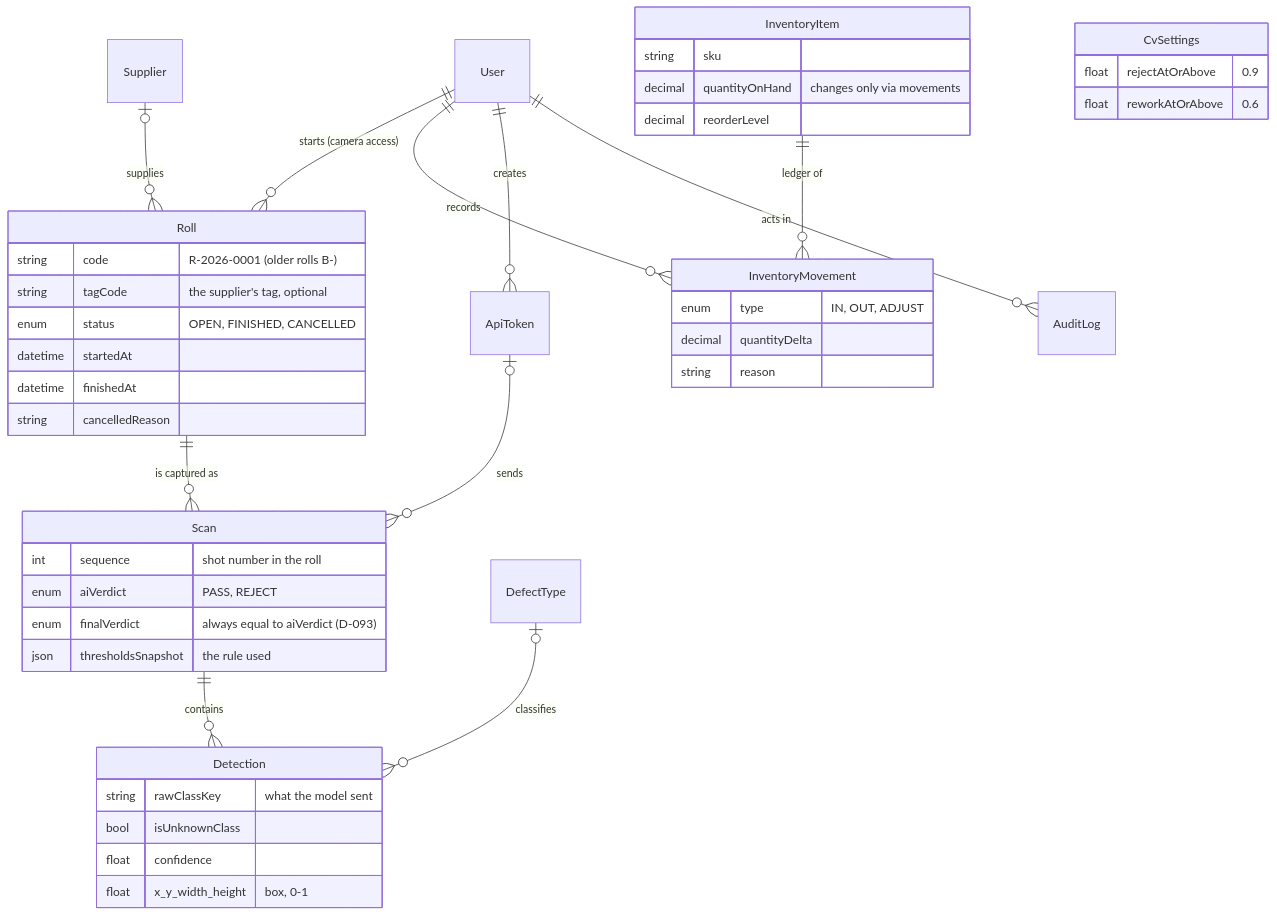
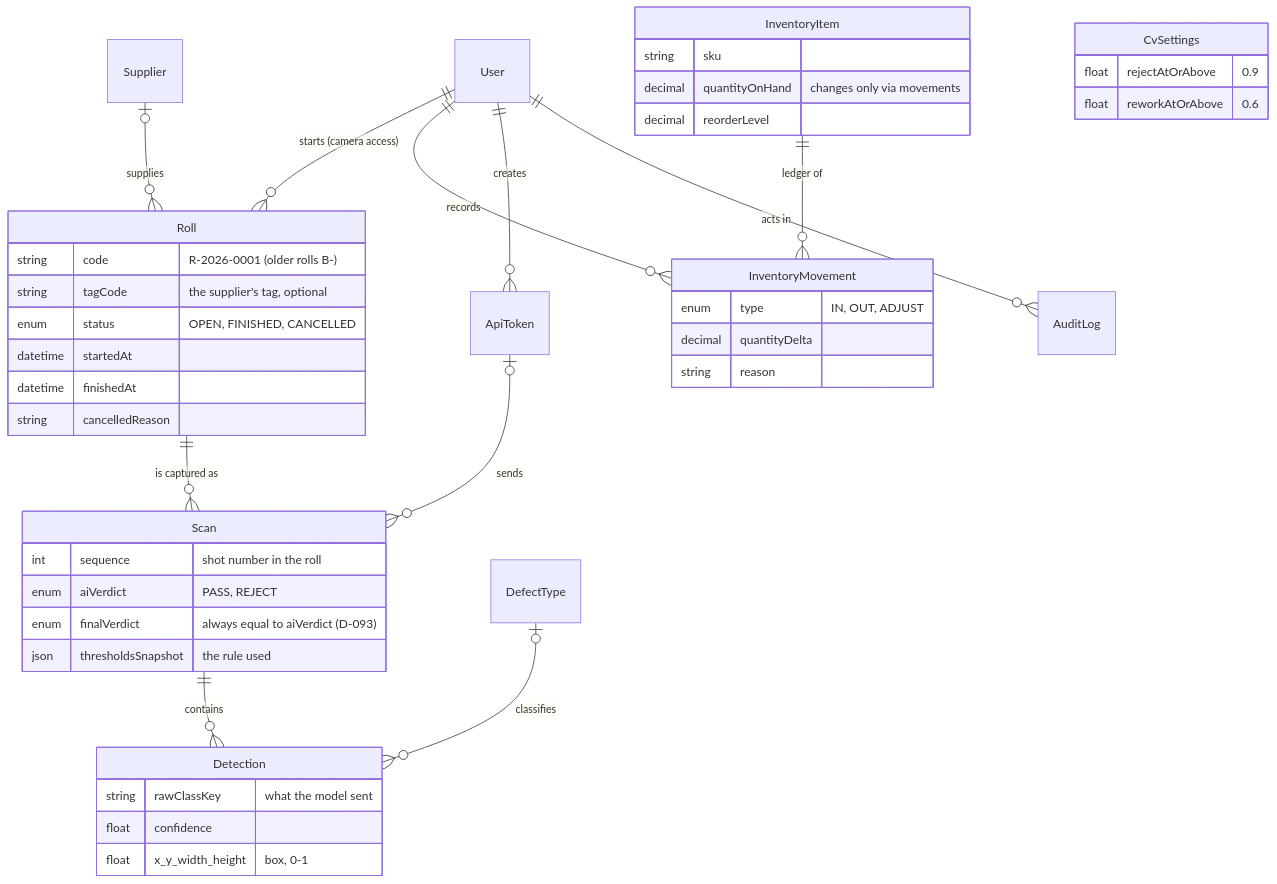
One commit to OatiesMilk/CPoint-PMS changed the second of 2 diagrams in README.md. Above: the diagram before and after it, drawn with Mermaid. The commit also changed other lines of this file and 85 other files, not shown here.

````diff
--- a/README.md
+++ b/README.md
@@ -270,48 +271,47 @@
 ```mermaid
 erDiagram
   User ||--o{ Roll : "starts (camera access)"
   User ||--o{ InventoryMovement : records
   User ||--o{ ApiToken : creates
   User ||--o{ AuditLog : "acts in"
   Supplier |o--o{ Roll : supplies
   Roll ||--o{ Scan : "is captured as"
   ApiToken |o--o{ Scan : sends
   Scan ||--o{ Detection : contains
   DefectType |o--o{ Detection : classifies
   InventoryItem ||--o{ InventoryMovement : "ledger of"
 
   Roll {
     string code "R-2026-0001 (older rolls B-)"
     string tagCode "the supplier's tag, optional"
     enum status "OPEN, FINISHED, CANCELLED"
     datetime startedAt
     datetime finishedAt
     string cancelledReason
   }
   Scan {
     int sequence "shot number in the roll"
     enum aiVerdict "PASS, REJECT"
     enum finalVerdict "always equal to aiVerdict (D-093)"
     json thresholdsSnapshot "the rule used"
   }
   Detection {
     string rawClassKey "what the model sent"
-    bool isUnknownClass
     float confidence
     float x_y_width_height "box, 0-1"
   }
   InventoryItem {
     string sku
     decimal quantityOnHand "changes only via movements"
     decimal reorderLevel
   }
   InventoryMovement {
     enum type "IN, OUT, ADJUST"
     decimal quantityDelta
     string reason
   }
   CvSettings {
     float rejectAtOrAbove "0.9"
     float reworkAtOrAbove "0.6"
   }
 ```
````
